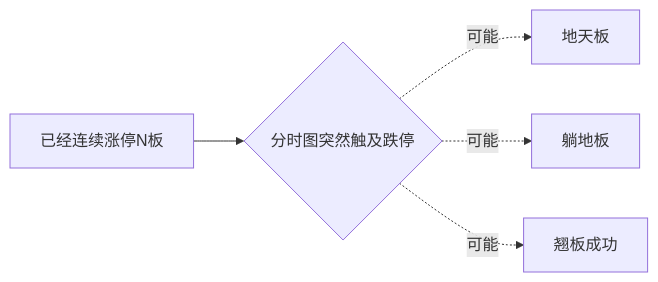
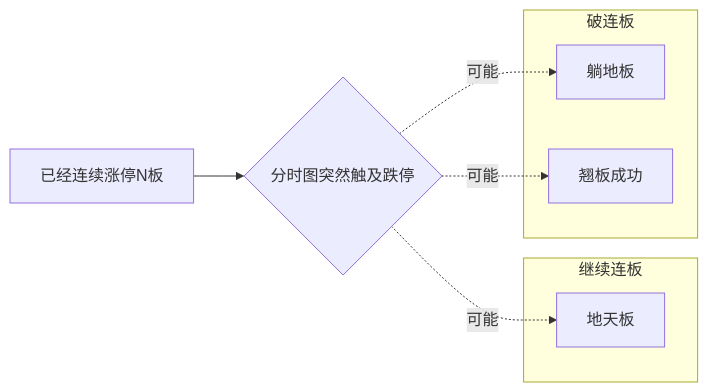
The diagram in source/_posts/2025/02/06/使用Pandas分析A股地天板数量的分布.md (ellendan000/ellendan000.github.io), drawn with Mermaid before and after one commit.

```diff
--- a/source/_posts/2025/02/06/使用Pandas分析A股地天板数量的分布.md
+++ b/source/_posts/2025/02/06/使用Pandas分析A股地天板数量的分布.md
@@ -20,7 +20,15 @@
 {% mermaid %}
 flowchart LR;
     A[已经连续涨停N板] --> B{分时图突然触及跌停};
     B -.->|可能| C[地天板];
     B -.->|可能| D[躺地板];
     B -.->|可能| E[翘板成功];
+
+    subgraph 继续连板;
+        C;
+    end;
+    subgraph 破连板;
+        D;
+        E;
+    end;
 {% endmermaid %}
```
